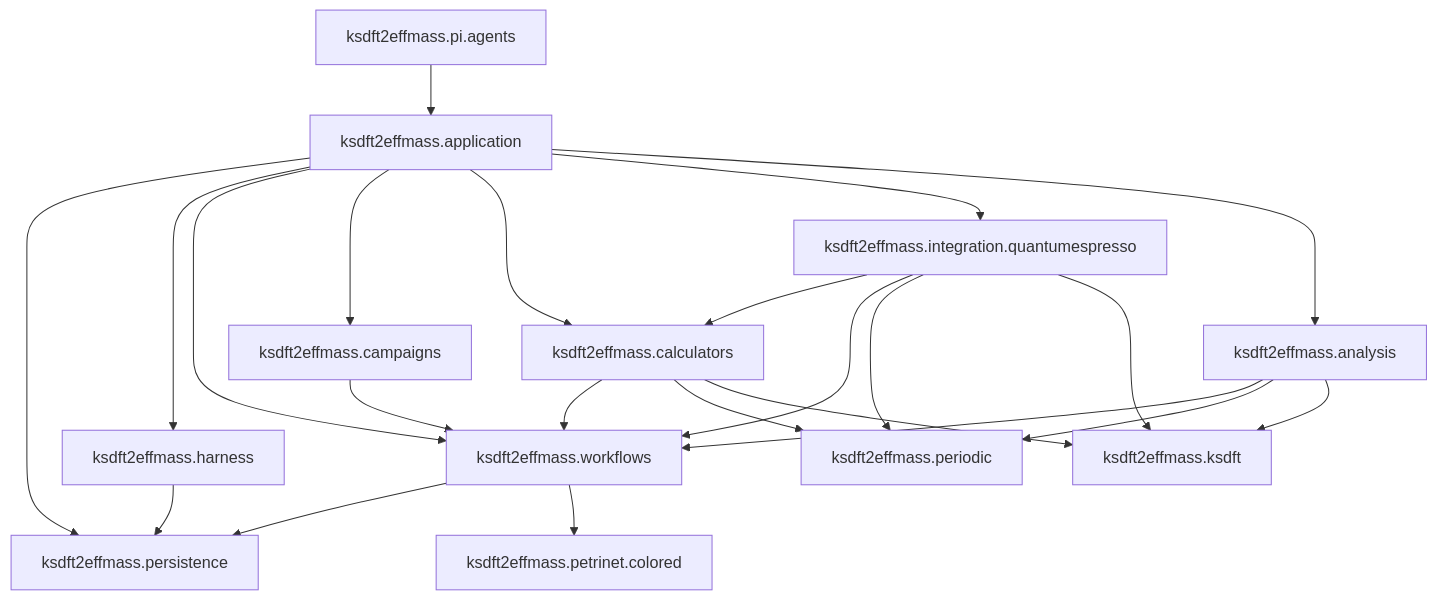
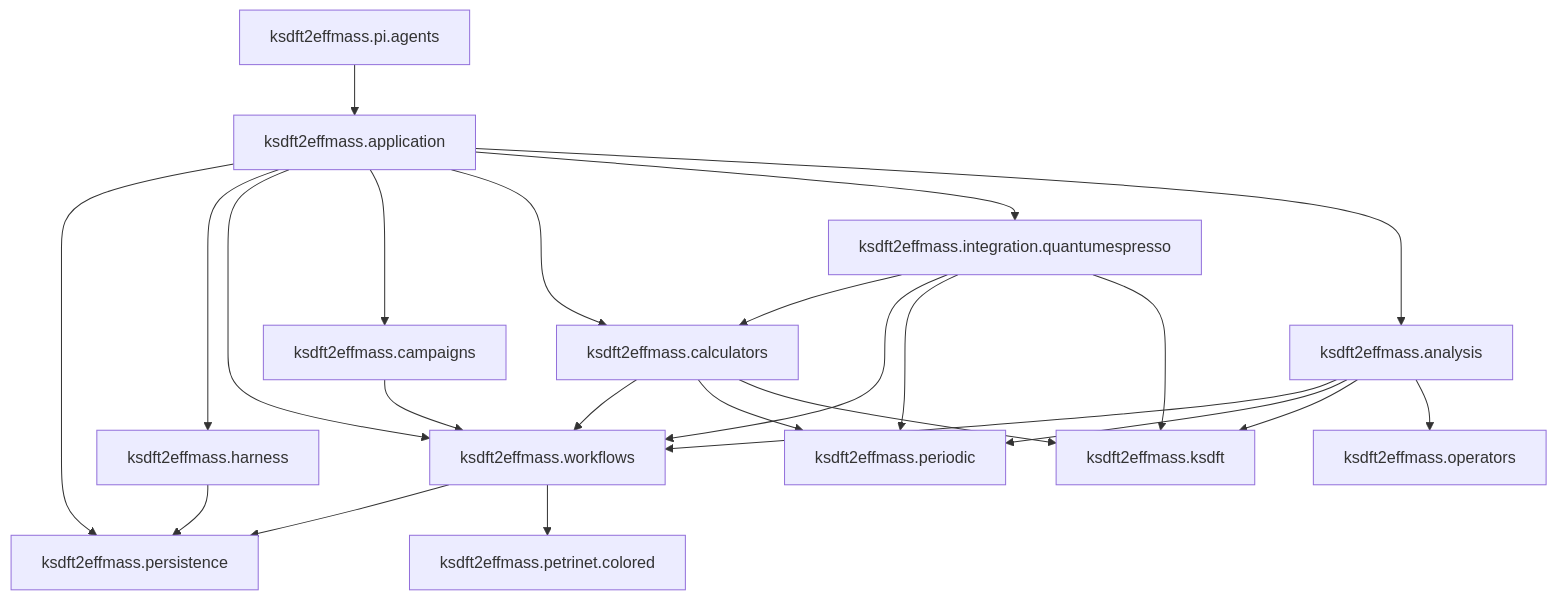
Before and after one commit to eragasa/ksdft2effmass: the diagram in docs/architecture/v2/index.md, drawn with Mermaid. The commit also changed other lines of this file and 16 other files, not shown here.

````diff
--- a/docs/architecture/v2/index.md
+++ b/docs/architecture/v2/index.md
@@ -7,38 +7,40 @@
 ```mermaid
 flowchart TB
     application["ksdft2effmass.application"]
     persistence["ksdft2effmass.persistence"]
     harness["ksdft2effmass.harness"]
     workflows["ksdft2effmass.workflows"]
     petrinet["ksdft2effmass.petrinet.colored"]
     campaigns["ksdft2effmass.campaigns"]
     calculators["ksdft2effmass.calculators"]
     integration["ksdft2effmass.integration.quantumespresso"]
     periodic["ksdft2effmass.periodic"]
     ksdft["ksdft2effmass.ksdft"]
+    operators["ksdft2effmass.operators"]
     analysis["ksdft2effmass.analysis"]
     pi_agents["ksdft2effmass.pi.agents"]
 
     pi_agents --> application
     application --> persistence
     application --> harness
     application --> workflows
     harness --> persistence
     workflows --> persistence
     application --> campaigns
     application --> calculators
     application --> integration
     application --> analysis
     campaigns --> workflows
     calculators --> workflows
     workflows --> petrinet
     integration --> calculators
     integration --> workflows
     integration --> periodic
     integration --> ksdft
     calculators --> periodic
     calculators --> ksdft
     analysis --> workflows
     analysis --> periodic
     analysis --> ksdft
+    analysis --> operators
 ```
````
